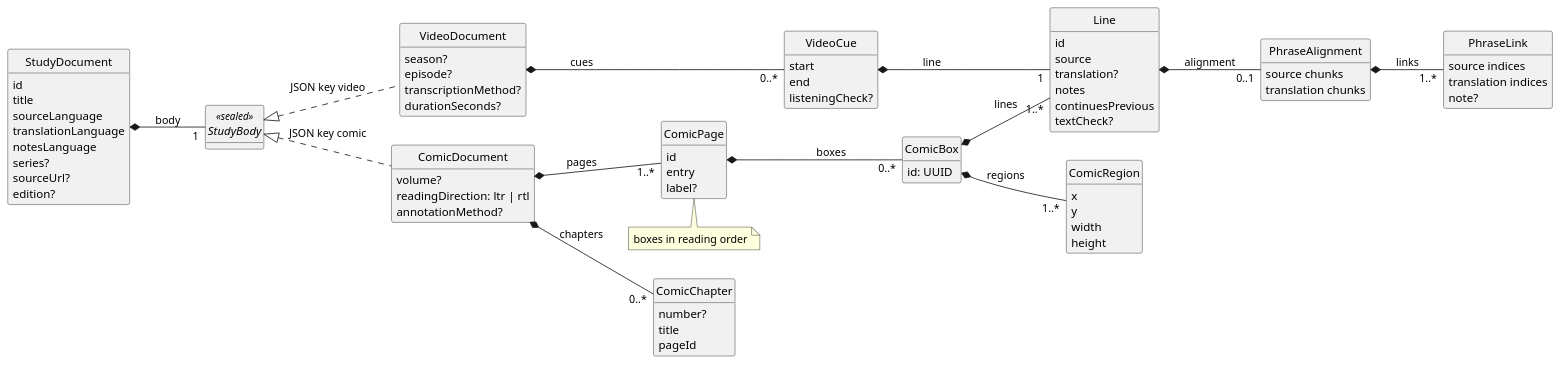
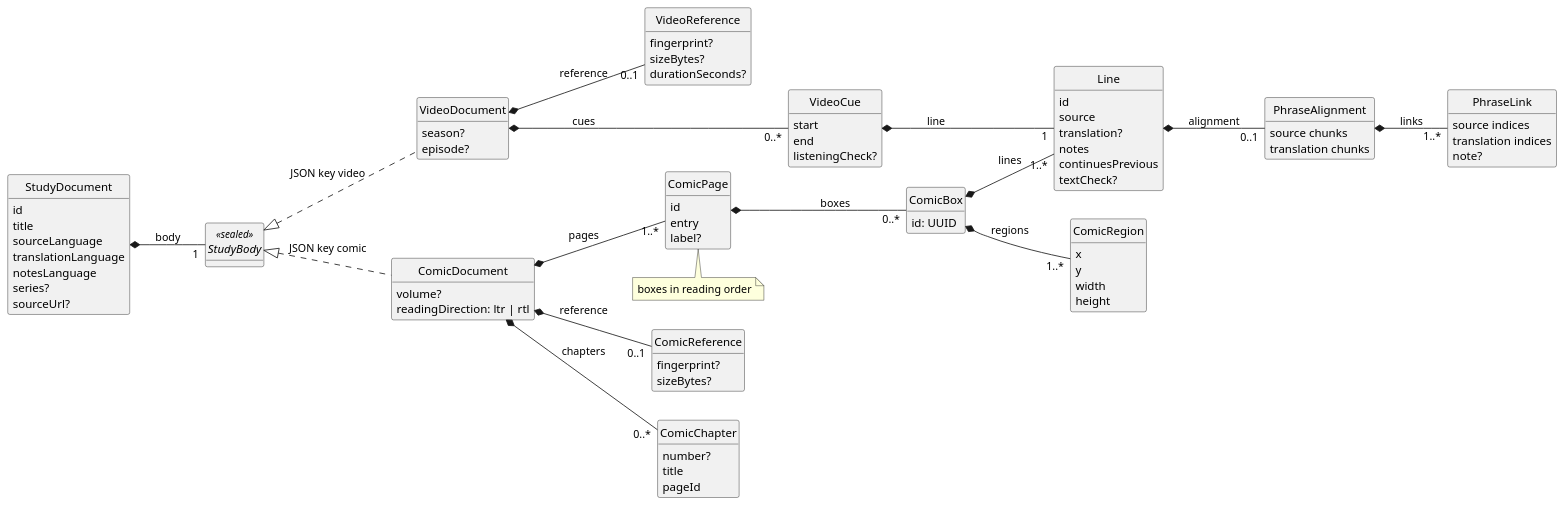
Before and after one commit to parkie213/petites-roues: the diagram in docs/diagrams/document-model.puml, drawn with PlantUML. The commit also changed 53 other files, not shown here.

First line of the commit message:
Record each document's reference media

```diff
--- a/docs/diagrams/document-model.puml
+++ b/docs/diagrams/document-model.puml
@@ -1,87 +1,94 @@
 @startuml
 hide methods
 hide circle
 skinparam shadowing false
 skinparam classAttributeIconSize 0
 skinparam defaultFontName sans-serif
 left to right direction
 
 class StudyDocument {
   id
   title
   sourceLanguage
   translationLanguage
   notesLanguage
   series?
   sourceUrl?
-  edition?
 }
 interface StudyBody <<sealed>>
 
 class VideoDocument {
   season?
   episode?
-  transcriptionMethod?
+}
+class VideoReference {
+  fingerprint?
+  sizeBytes?
   durationSeconds?
 }
 class VideoCue {
   start
   end
   listeningCheck?
 }
 class ComicDocument {
   volume?
   readingDirection: ltr | rtl
-  annotationMethod?
+}
+class ComicReference {
+  fingerprint?
+  sizeBytes?
 }
 class ComicPage {
   id
   entry
   label?
 }
 note bottom of ComicPage : boxes in reading order
 class ComicChapter {
   number?
   title
   pageId
 }
 class ComicBox {
   id: UUID
 }
 class ComicRegion {
   x
   y
   width
   height
 }
 class Line {
   id
   source
   translation?
   notes
   continuesPrevious
   textCheck?
 }
 class PhraseAlignment {
   source chunks
   translation chunks
 }
 class PhraseLink {
   source indices
   translation indices
   note?
 }
 
 StudyDocument *-- "1" StudyBody : body
 StudyBody <|.. VideoDocument : "JSON key video"
 StudyBody <|.. ComicDocument : "JSON key comic"
+VideoDocument *-- "0..1" VideoReference : reference
 VideoDocument *-- "0..*" VideoCue : cues
 VideoCue *-- "1" Line : line
+ComicDocument *-- "0..1" ComicReference : reference
 ComicDocument *-- "1..*" ComicPage : pages
 ComicDocument *-- "0..*" ComicChapter : chapters
 ComicPage *-- "0..*" ComicBox : boxes
 ComicBox *-- "1..*" ComicRegion : regions
 ComicBox *-- "1..*" Line : lines
 Line *-- "0..1" PhraseAlignment : alignment
 PhraseAlignment *-- "1..*" PhraseLink : links
 @enduml
```
